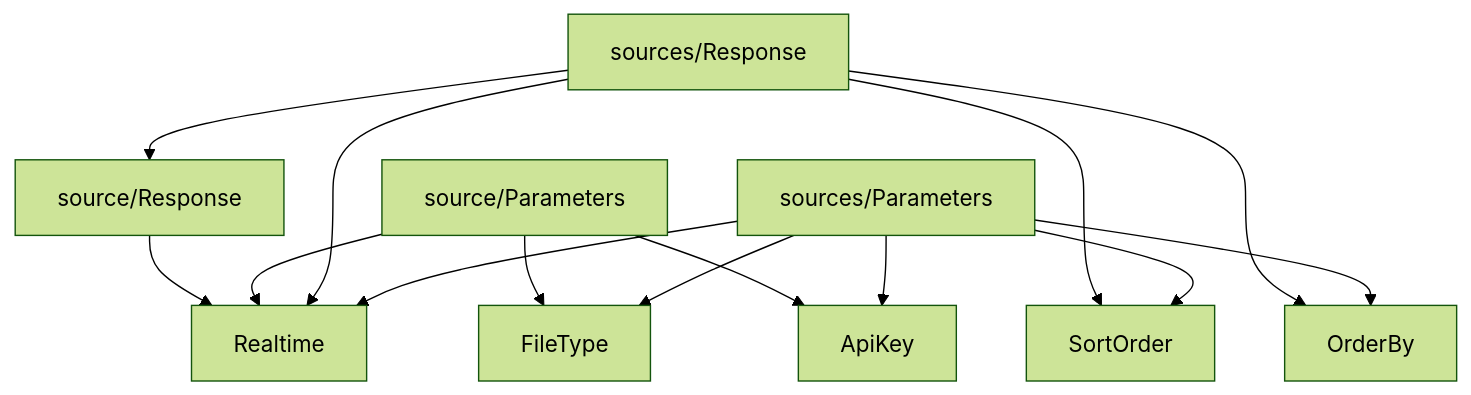
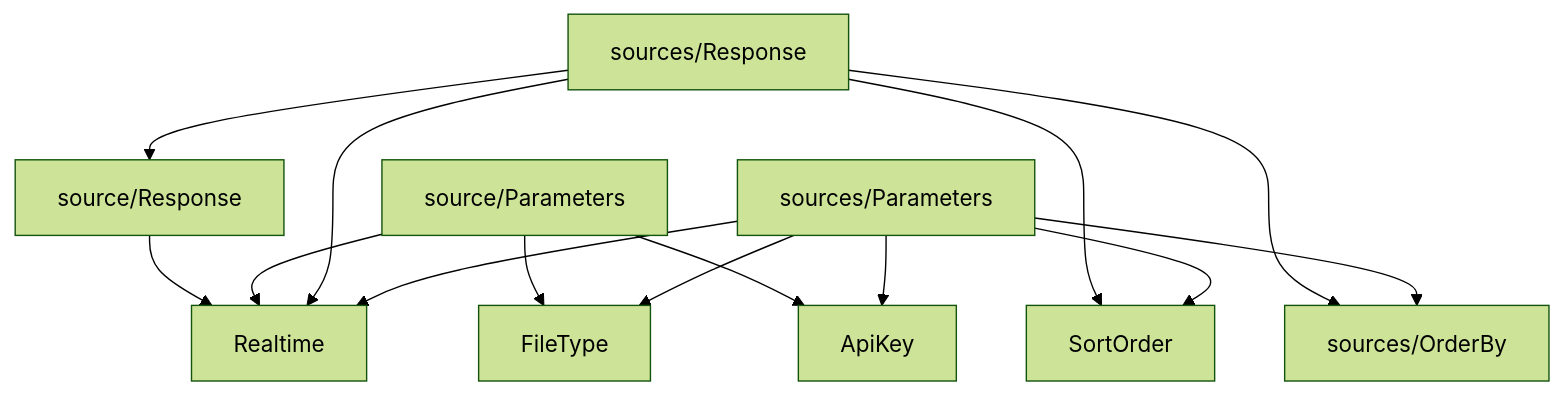
One commit to ojhermann-org/fred changed the diagram in src/fred/v1/README.md. Above: the diagram before and after it, drawn with Mermaid (forest theme). The commit also changed 6 other files, not shown here.

First line of the commit message:
move OrderBy into sources/ (#7)

````diff
--- a/src/fred/v1/README.md
+++ b/src/fred/v1/README.md
@@ -14,30 +14,30 @@
 ```mermaid
 graph TD
     ApiKey
     FileType
-    OrderBy
     Realtime
     SortOrder
 
     source_Response["source/Response"]
     source_Parameters["source/Parameters"]
+    sources_OrderBy["sources/OrderBy"]
     sources_Response["sources/Response"]
     sources_Parameters["sources/Parameters"]
 
     source_Response --> Realtime
 
     source_Parameters --> ApiKey
     source_Parameters --> FileType
     source_Parameters --> Realtime
 
     sources_Response --> Realtime
-    sources_Response --> OrderBy
+    sources_Response --> sources_OrderBy
     sources_Response --> SortOrder
     sources_Response --> source_Response
 
     sources_Parameters --> ApiKey
     sources_Parameters --> FileType
     sources_Parameters --> Realtime
-    sources_Parameters --> OrderBy
+    sources_Parameters --> sources_OrderBy
     sources_Parameters --> SortOrder
 ```
````
